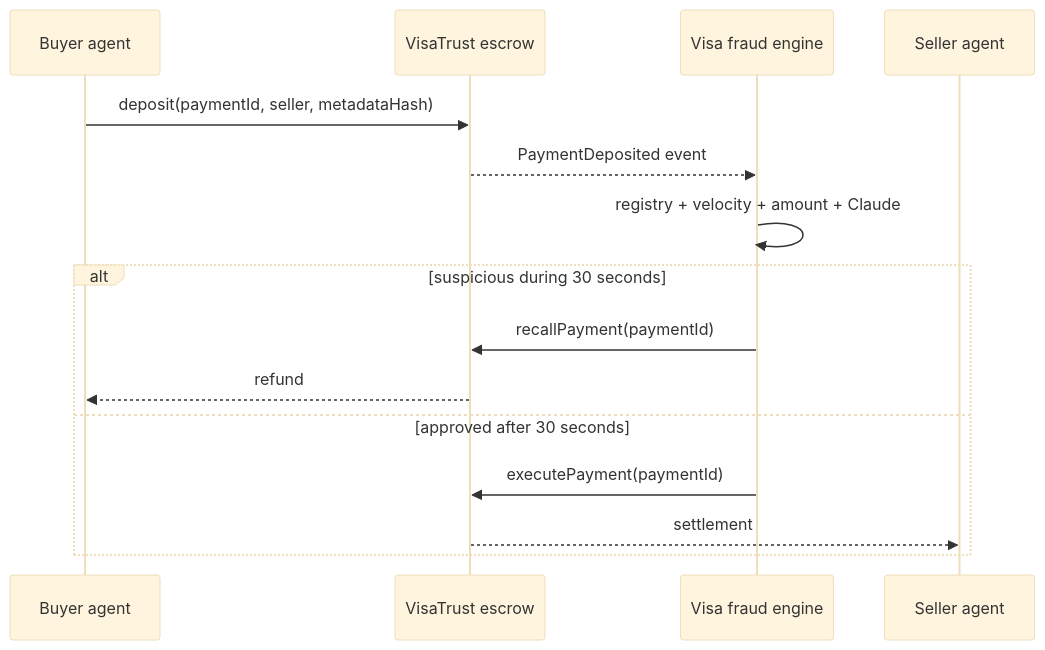
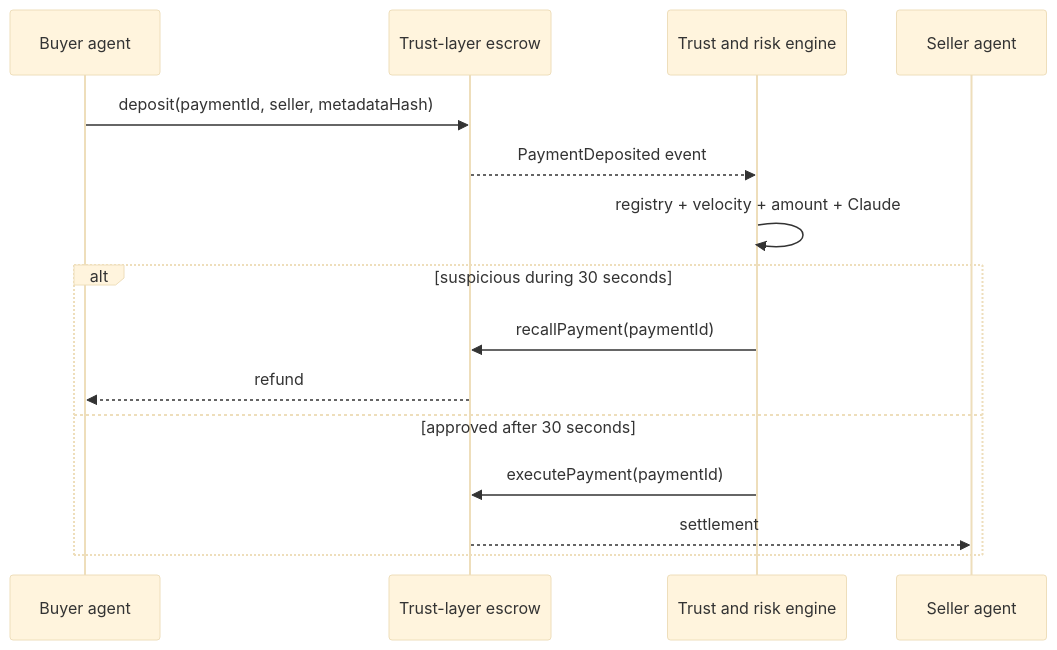
One commit to DinglyCoder/agentic-payment-layer changed the diagram in README.md. Above: the diagram before and after it, drawn with Mermaid (base theme). The commit also changed other lines of this file and 33 other files, not shown here.

````diff
--- a/README.md
+++ b/README.md
@@ -24,17 +23,17 @@
 ```mermaid
 sequenceDiagram
     participant A as Buyer agent
-    participant E as VisaTrust escrow
-    participant V as Visa fraud engine
+    participant E as Trust-layer escrow
+    participant T as Trust and risk engine
     participant B as Seller agent
     A->>E: deposit(paymentId, seller, metadataHash)
-    E-->>V: PaymentDeposited event
-    V->>V: registry + velocity + amount + Claude
+    E-->>T: PaymentDeposited event
+    T->>T: registry + velocity + amount + Claude
     alt suspicious during 30 seconds
-        V->>E: recallPayment(paymentId)
+        T->>E: recallPayment(paymentId)
         E-->>A: refund
     else approved after 30 seconds
-        V->>E: executePayment(paymentId)
+        T->>E: executePayment(paymentId)
         E-->>B: settlement
     end
 ```
````
